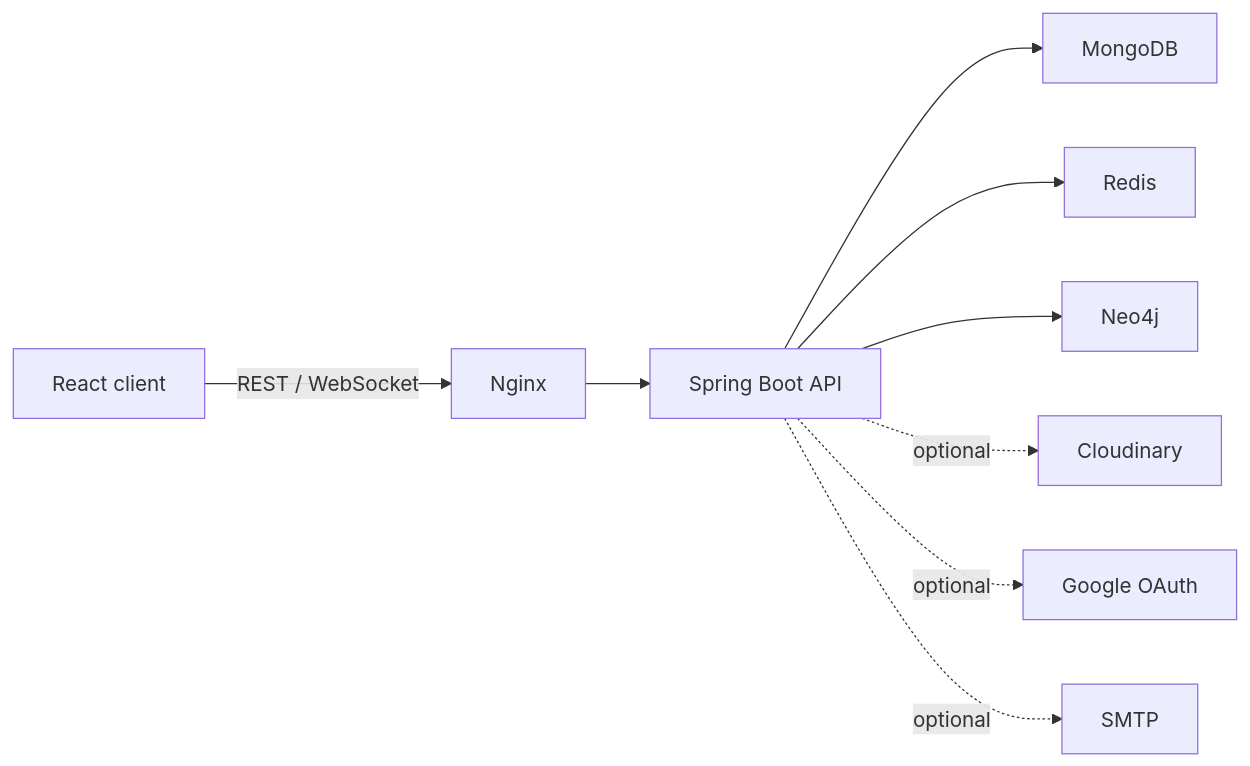
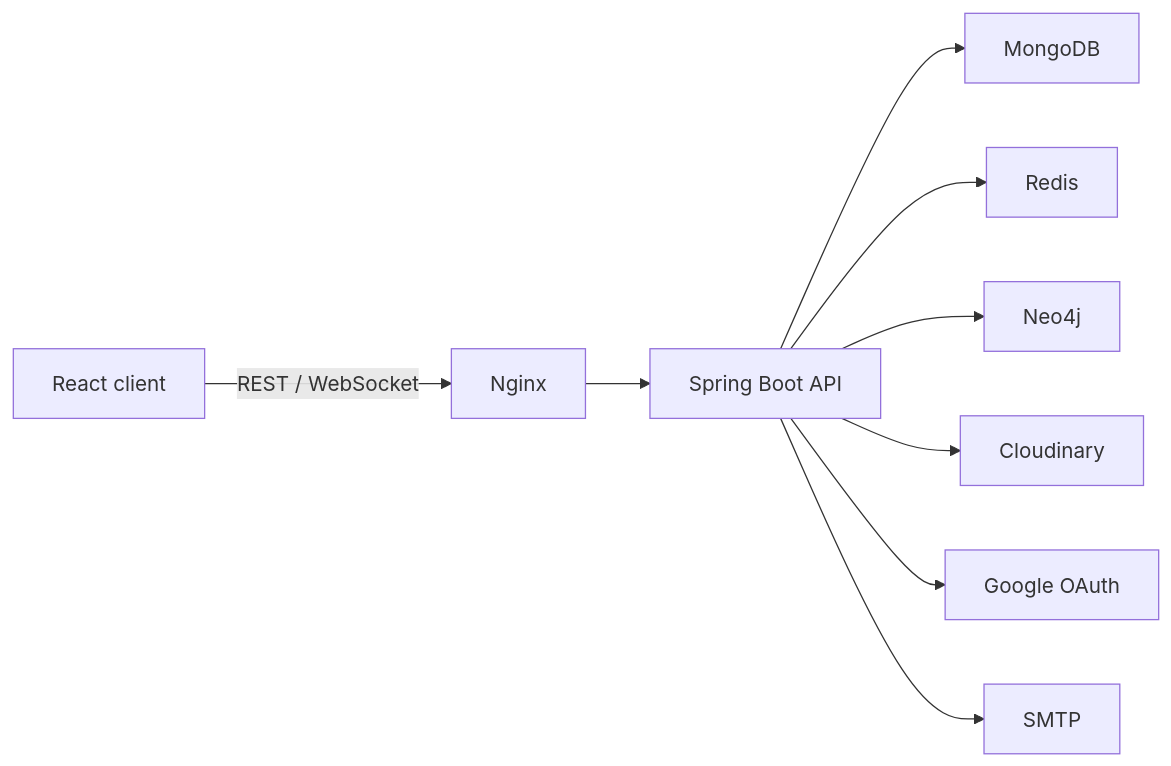
The diagram in README.md (tphuc263/veyru), drawn with Mermaid before and after one commit. The commit also changed other lines of this file and 4 other files, not shown here.

````diff
--- a/README.md
+++ b/README.md
@@ -19,11 +19,11 @@
 ```mermaid
 flowchart LR
     Browser[React client] -->|REST / WebSocket| Nginx
     Nginx --> API[Spring Boot API]
     API --> MongoDB
     API --> Redis
     API --> Neo4j
-    API -. optional .-> Cloudinary
-    API -. optional .-> Google[Google OAuth]
-    API -. optional .-> SMTP
+    API --> Cloudinary
+    API --> Google[Google OAuth]
+    API --> SMTP
 ```
````
